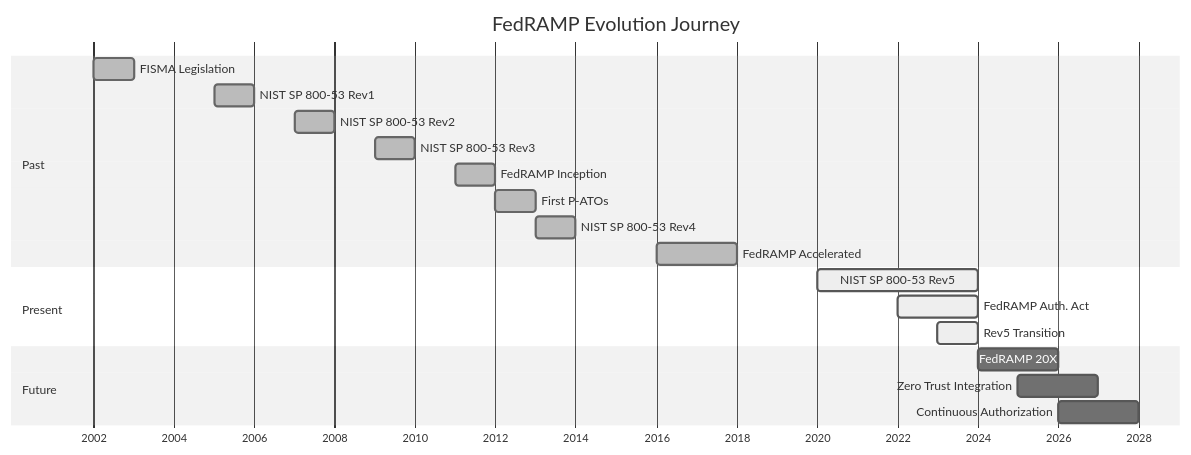
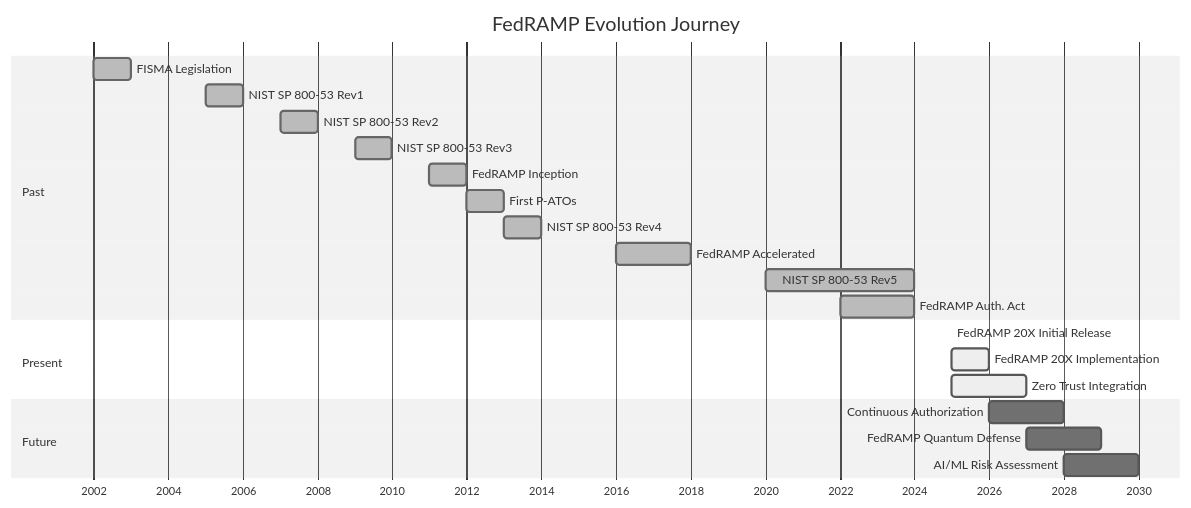
One commit to JeffreySanford/forge-board changed the sixth of 9 diagrams in forgeboard-frontend/src/assets/documentation/FedRAMP/ADHERANCE.md. Above: the diagram before and after it, drawn with Mermaid (neutral theme). The commit also changed other lines of this file and 21 other files, not shown here.

````diff
--- a/forgeboard-frontend/src/assets/documentation/FedRAMP/ADHERANCE.md
+++ b/forgeboard-frontend/src/assets/documentation/FedRAMP/ADHERANCE.md
@@ -447,23 +435,25 @@
 ```mermaid
 gantt
     title FedRAMP Evolution Journey
     dateFormat  YYYY
     axisFormat  %Y
     section Past
       FISMA Legislation       :done, 2002, 2003
       NIST SP 800-53 Rev1     :done, 2005, 2006
       NIST SP 800-53 Rev2     :done, 2007, 2008
       NIST SP 800-53 Rev3     :done, 2009, 2010
       FedRAMP Inception       :done, 2011, 2012
       First P-ATOs            :done, 2012, 2013
       NIST SP 800-53 Rev4     :done, 2013, 2014
       FedRAMP Accelerated     :done, 2016, 2018
+      NIST SP 800-53 Rev5     :done, 2020, 2024
+      FedRAMP Auth. Act       :done, 2022, 2024
     section Present
-      NIST SP 800-53 Rev5     :active, 2020, 2024
-      FedRAMP Auth. Act       :active, 2022, 2024
-      Rev5 Transition         :active, 2023, 2024
+      FedRAMP 20X Initial Release :done, 2025, 2025
+      FedRAMP 20X Implementation  :active, 2025, 2026
+      Zero Trust Integration      :active, 2025, 2027
     section Future
-      FedRAMP 20X             :2024, 2026
-      Zero Trust Integration  :2025, 2027
-      Continuous Authorization:2026, 2028
+      Continuous Authorization    :2026, 2028
+      FedRAMP Quantum Defense     :2027, 2029
+      AI/ML Risk Assessment       :2028, 2030
 ```  
````
